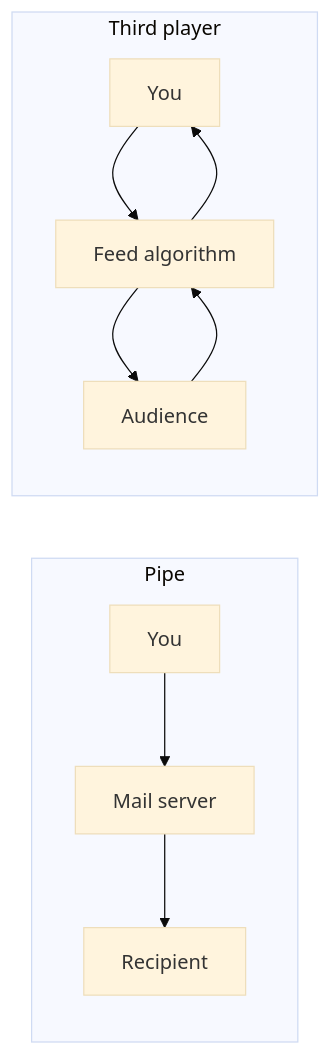
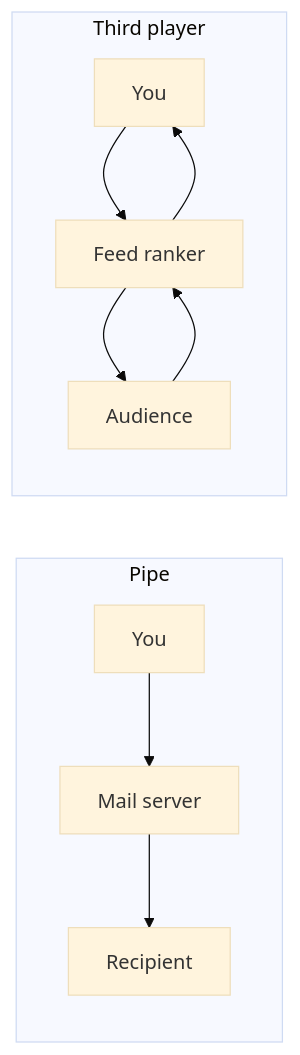
Before and after one commit to Narahari2364/Algorithmacy-Coach: the diagram in OVERVIEW.md, drawn with Mermaid (base theme). The commit also changed other lines of this file and 28 other files, not shown here.

````diff
--- a/OVERVIEW.md
+++ b/OVERVIEW.md
@@ -11,12 +13,12 @@
 ```mermaid
 flowchart LR
   subgraph Pipe
     S1[You] --> M1[Mail server] --> R1[Recipient]
   end
   subgraph Third player
-    S2[You] --> A2[Feed algorithm]
+    S2[You] --> A2[Feed ranker]
     R2[Audience] --> A2
     A2 --> S2
     A2 --> R2
   end
 ```
````
